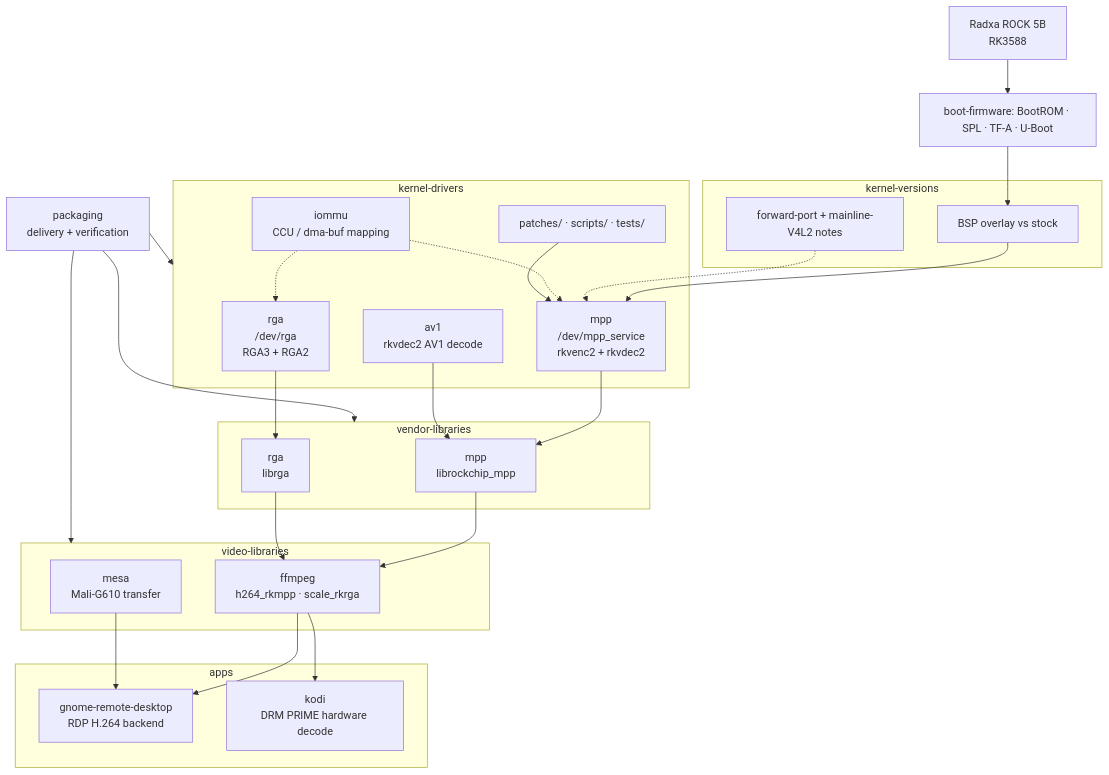
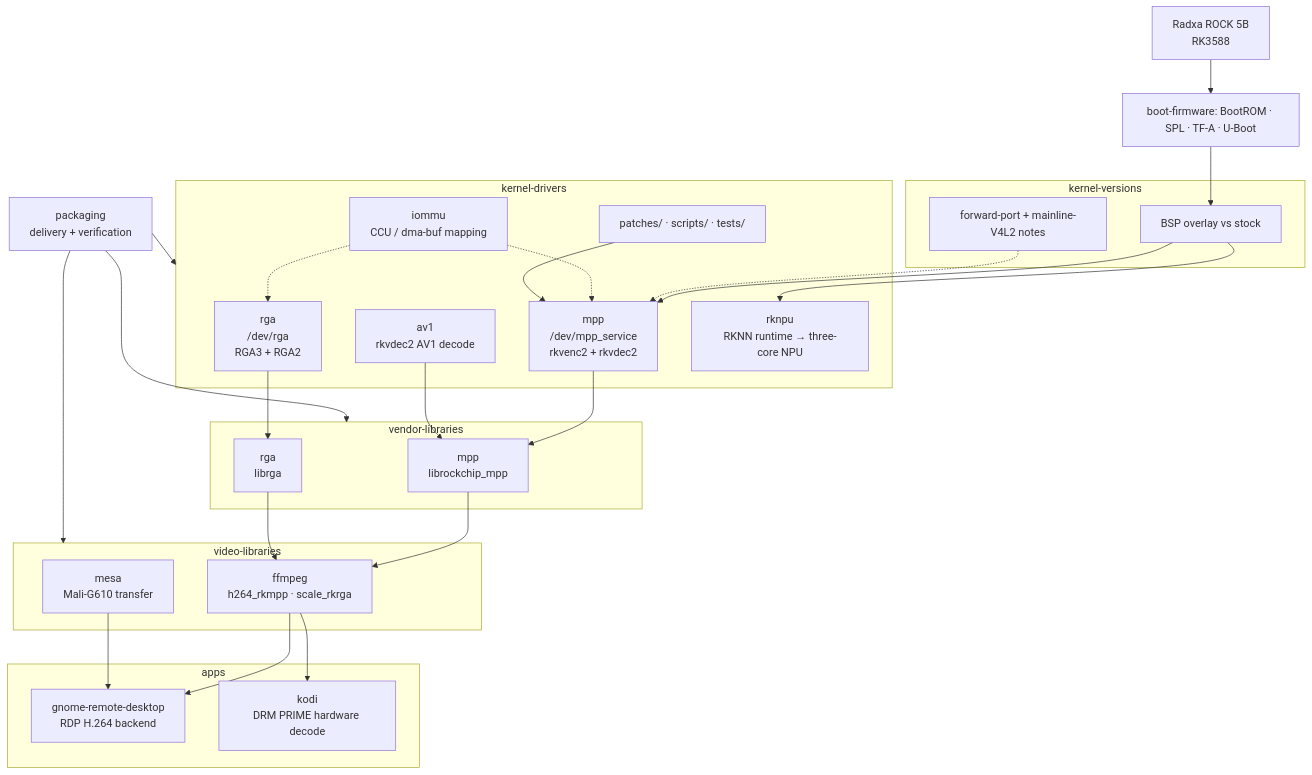
One commit to yisding/rock-5b-ysp changed the diagram in docs/work-packages.md. Above: the diagram before and after it, drawn with Mermaid. The commit also changed other lines of this file and 11 other files, not shown here.

Commit message:
docs: add end-to-end RKNPU and RKNN guide

````diff
--- a/docs/work-packages.md
+++ b/docs/work-packages.md
@@ -29,50 +29,52 @@
 ```mermaid
 flowchart TB
   board["Radxa ROCK 5B<br/>RK3588"]
   boot["boot-firmware: BootROM · SPL · TF-A · U-Boot"]
 
   subgraph kver["kernel-versions"]
     bsp["BSP overlay vs stock"]
     fport["forward-port + mainline-V4L2 notes"]
   end
 
   subgraph kernel["kernel-drivers"]
     mpp["mpp<br/>/dev/mpp_service<br/>rkvenc2 + rkvdec2"]
     rga["rga<br/>/dev/rga<br/>RGA3 + RGA2"]
     av1["av1<br/>rkvdec2 AV1 decode"]
     iommu["iommu<br/>CCU / dma-buf mapping"]
+    rknpu["rknpu<br/>RKNN runtime → three-core NPU"]
     kart["patches/ · scripts/ · tests/"]
   end
 
   subgraph libs["vendor-libraries"]
     libmpp["mpp<br/>librockchip_mpp"]
     librga["rga<br/>librga"]
   end
 
   subgraph video["video-libraries"]
     ffmpeg["ffmpeg<br/>h264_rkmpp · scale_rkrga"]
     mesa["mesa<br/>Mali-G610 transfer"]
   end
 
   subgraph apps["apps"]
     grd["gnome-remote-desktop<br/>RDP H.264 backend"]
     kodi["kodi<br/>DRM PRIME hardware decode"]
   end
 
   packaging["packaging<br/>delivery + verification"]
 
   board --> boot --> bsp
   bsp --> mpp
   fport -.-> mpp
   mpp --> libmpp --> ffmpeg --> grd
   ffmpeg --> kodi
   rga --> librga --> ffmpeg
   av1 --> libmpp
+  bsp --> rknpu
   iommu -.-> mpp
   iommu -.-> rga
   mesa --> grd
   packaging --> kernel
   packaging --> libs
   packaging --> video
   kart --> mpp
 ```
````
